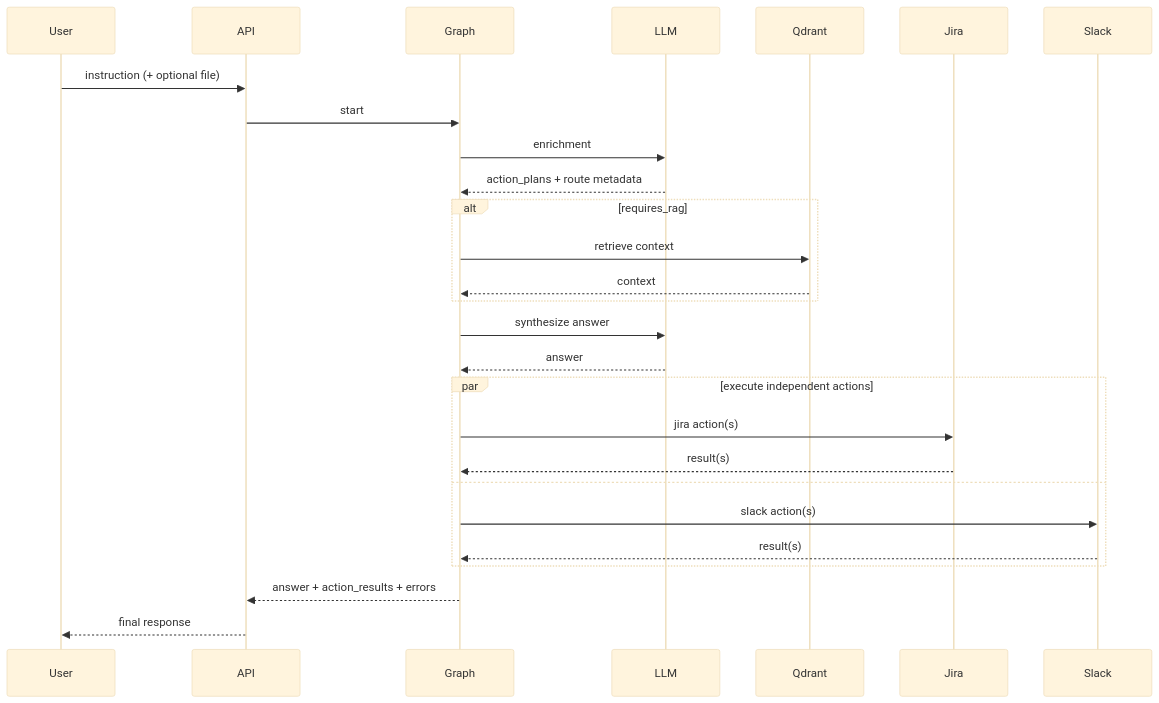
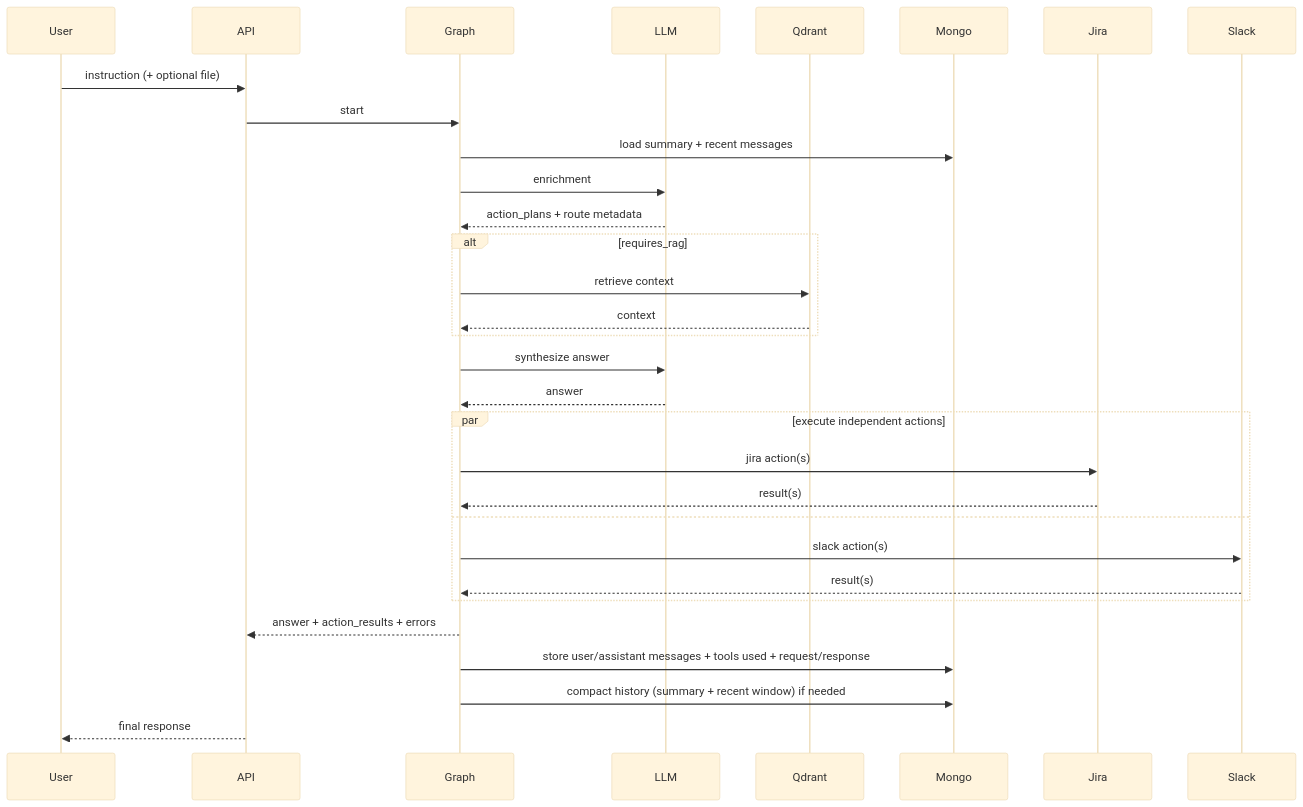
Before and after one commit to thanhit08/aiagt-aia: the third of 6 diagrams in docs/diagram.md, drawn with Mermaid (base theme). The commit also changed other lines of this file and 12 other files, not shown here.

Commit message:
Add MongoDB conversation memory and rolling-summary context window

````diff
--- a/docs/diagram.md
+++ b/docs/diagram.md
@@ -35,34 +38,38 @@
 ```mermaid
 sequenceDiagram
     participant U as User
     participant A as API
     participant G as Graph
     participant L as LLM
     participant R as Qdrant
+    participant M as Mongo
     participant J as Jira
     participant S as Slack
 
     U->>A: instruction (+ optional file)
     A->>G: start
+    G->>M: load summary + recent messages
     G->>L: enrichment
     L-->>G: action_plans + route metadata
 
     alt requires_rag
       G->>R: retrieve context
       R-->>G: context
     end
 
     G->>L: synthesize answer
     L-->>G: answer
 
     par execute independent actions
       G->>J: jira action(s)
       J-->>G: result(s)
     and
       G->>S: slack action(s)
       S-->>G: result(s)
     end
 
     G-->>A: answer + action_results + errors
+    G->>M: store user/assistant messages + tools used + request/response
+    G->>M: compact history (summary + recent window) if needed
     A-->>U: final response
 ```
````
